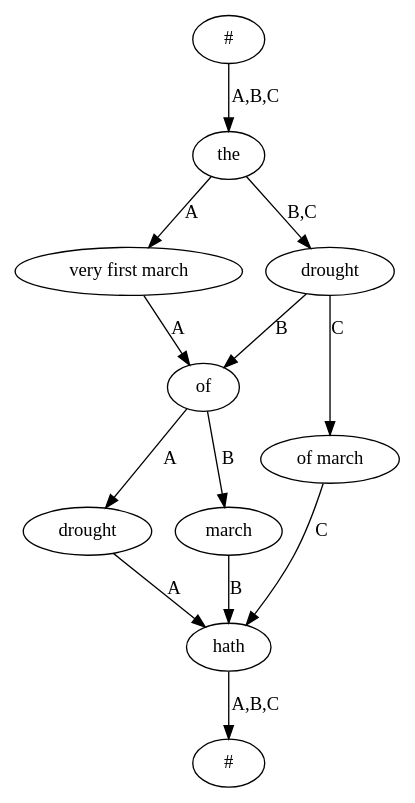
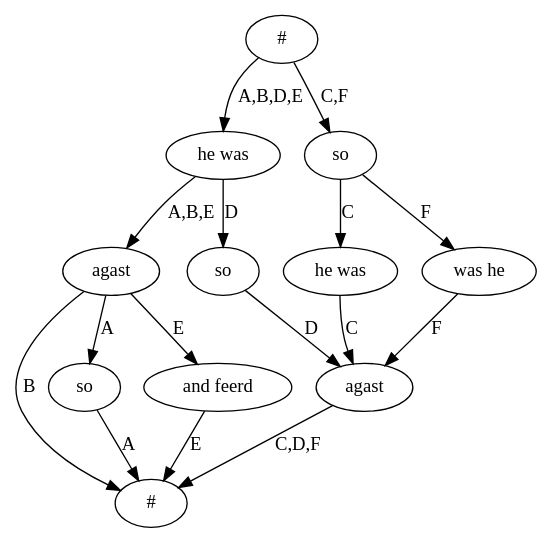
The diagram in collatex-web/src/main/ruby/input.dot (interedition/collatex), drawn with Graphviz before and after one commit. The commit also changed 9 other files, not shown here.

```diff
--- a/collatex-web/src/main/ruby/input.dot
+++ b/collatex-web/src/main/ruby/input.dot
@@ -1,24 +1,28 @@
 digraph G {
-  108 [label = "#"];
-  109 [label = "#"];
-  110 [label = "the"];
-  111 [label = "very first march"];
-  112 [label = "of"];
-  113 [label = "drought"];
-  114 [label = "hath"];
-  115 [label = "march"];
-  116 [label = "drought"];
-  117 [label = "of march"];
-  108 -> 110 [label = "A,B,C"];
-  110 -> 111 [label = "A"];
-  111 -> 112 [label = "A"];
-  112 -> 113 [label = "A"];
-  113 -> 114 [label = "A"];
-  114 -> 109 [label = "A,B,C"];
-  112 -> 115 [label = "B"];
-  115 -> 114 [label = "B"];
-  110 -> 116 [label = "B,C"];
-  116 -> 112 [label = "B"];
-  116 -> 117 [label = "C"];
-  117 -> 114 [label = "C"];
+  98 [label = "#"];
+  99 [label = "#"];
+  100 [label = "he was"];
+  101 [label = "agast"];
+  102 [label = "so"];
+  103 [label = "and feerd"];
+  104 [label = "so"];
+  105 [label = "agast"];
+  106 [label = "so"];
+  107 [label = "he was"];
+  108 [label = "was he"];
+  98 -> 100 [label = "A,B,D,E"];
+  100 -> 101 [label = "A,B,E"];
+  101 -> 102 [label = "A"];
+  102 -> 99 [label = "A"];
+  101 -> 99 [label = "B"];
+  101 -> 103 [label = "E"];
+  103 -> 99 [label = "E"];
+  100 -> 104 [label = "D"];
+  104 -> 105 [label = "D"];
+  105 -> 99 [label = "C,D,F"];
+  98 -> 106 [label = "C,F"];
+  106 -> 107 [label = "C"];
+  107 -> 105 [label = "C"];
+  106 -> 108 [label = "F"];
+  108 -> 105 [label = "F"];
 }
```
